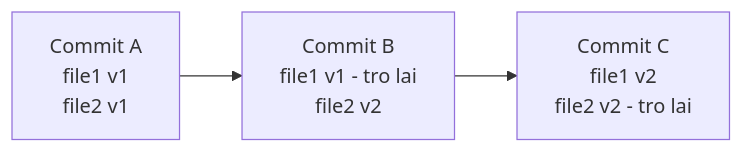
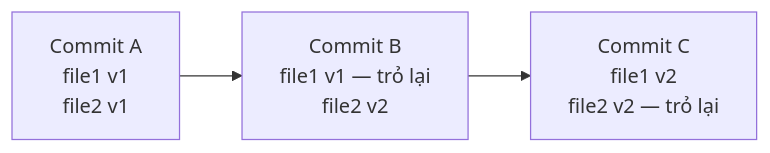
Before and after one commit to TienNHM/tiennhm.github.io: the first of 2 diagrams in docs/09-dotnet-backend-zero-to-senior/stage-01-foundation/module-03-git-developer-workflow/3.1-git-intro-and-motivation.mdx, drawn with Mermaid. The commit also changed other lines of this file and 17 other files, not shown here.

````diff
--- a/docs/09-dotnet-backend-zero-to-senior/stage-01-foundation/module-03-git-developer-workflow/3.1-git-intro-and-motivation.mdx
+++ b/docs/09-dotnet-backend-zero-to-senior/stage-01-foundation/module-03-git-developer-workflow/3.1-git-intro-and-motivation.mdx
@@ -56,5 +56,5 @@
 ```mermaid
 flowchart LR
-    C1[Commit A<br/>file1 v1<br/>file2 v1] --> C2[Commit B<br/>file1 v1 - tro lai<br/>file2 v2]
-    C2 --> C3[Commit C<br/>file1 v2<br/>file2 v2 - tro lai]
+    C1[Commit A<br/>file1 v1<br/>file2 v1] --> C2[Commit B<br/>file1 v1 — trỏ lại<br/>file2 v2]
+    C2 --> C3[Commit C<br/>file1 v2<br/>file2 v2 — trỏ lại]
 ```
````
